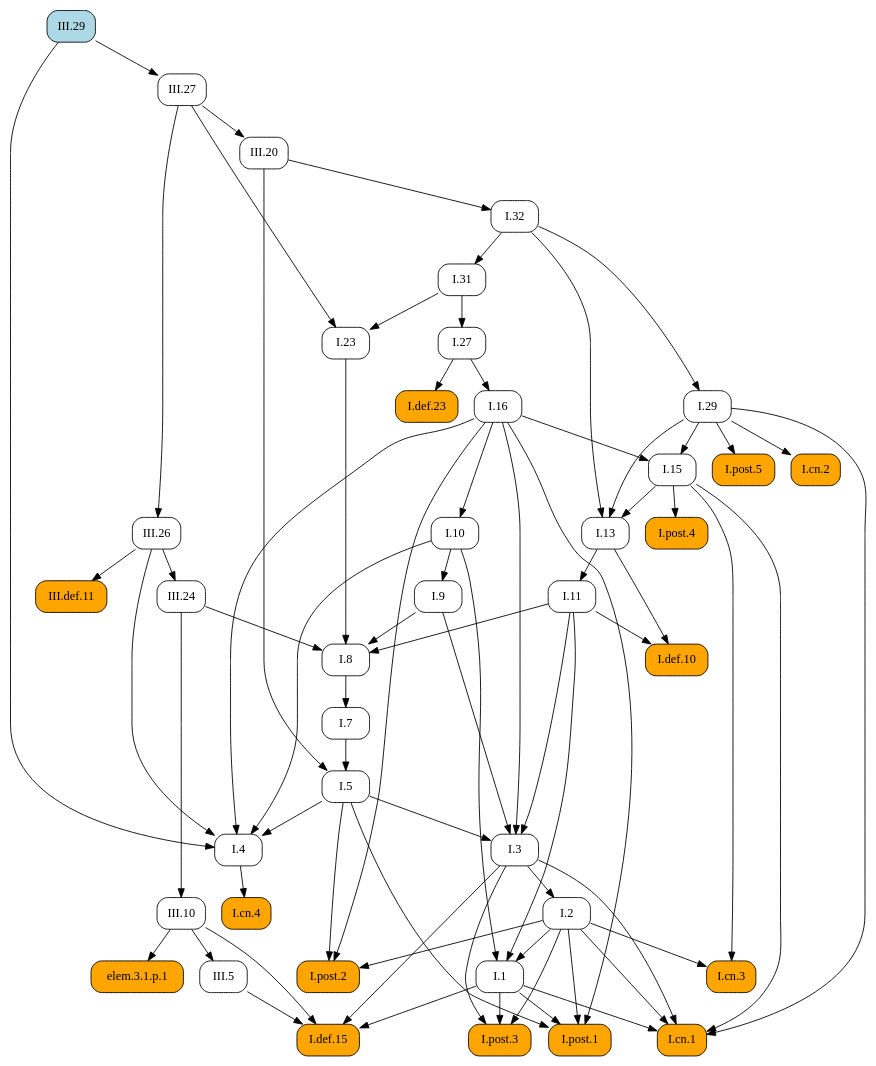
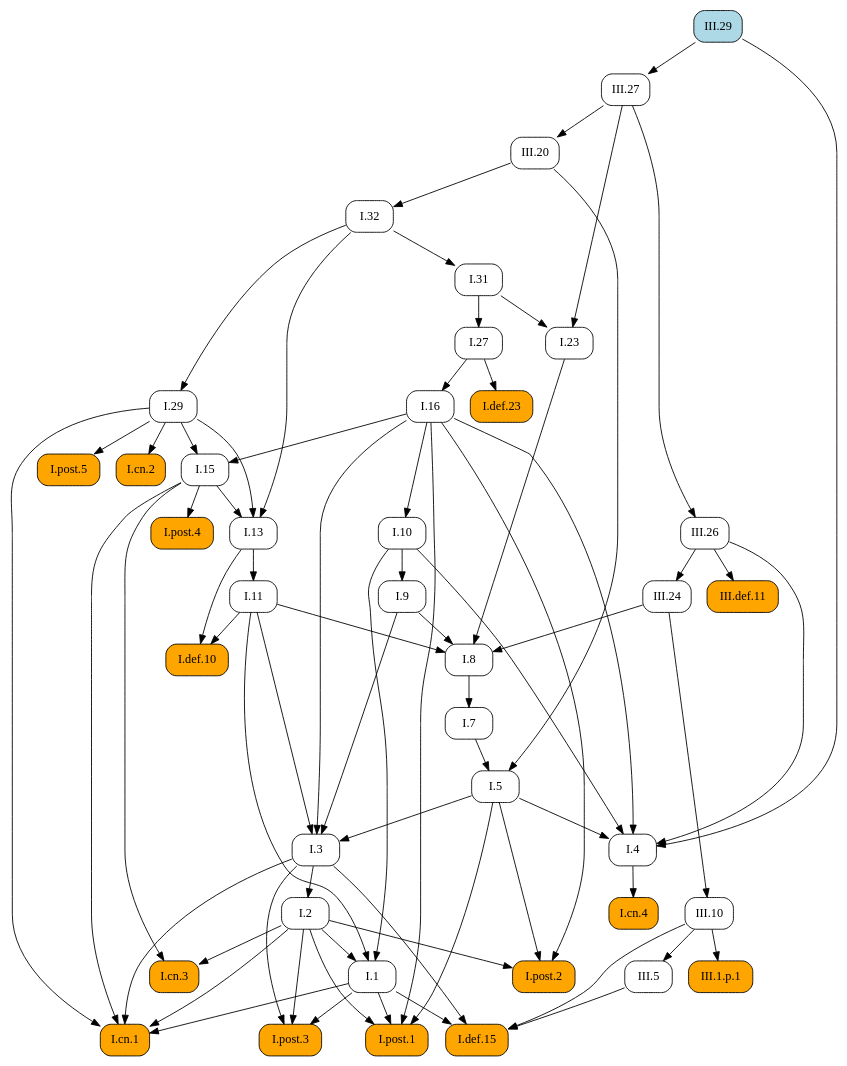
Before and after one commit to geometor/elements: the diagram in docsrc/heath/III/29/index.rst, drawn with Graphviz. The commit also changed 484 other files, not shown here.

```diff
--- a/docsrc/heath/III/29/index.rst
+++ b/docsrc/heath/III/29/index.rst
@@ -47,114 +47,114 @@
    digraph {
      rankdir="TB";
      node [shape=box, style=rounded];
+     "I.23" [URL="/heath/I/23/", target="_top"];
+     "I.9" [URL="/heath/I/9/", target="_top"];
+     "I.32" [URL="/heath/I/32/", target="_top"];
+     "III.24" [URL="/heath/III/24/", target="_top"];
+     "I.def.15" [style="rounded,filled", fillcolor=orange, URL="/heath/I/def.15/", target="_top"];
+     "III.def.11" [style="rounded,filled", fillcolor=orange, URL="/heath/III/def.11/", target="_top"];
+     "I.post.1" [style="rounded,filled", fillcolor=orange, URL="/heath/I/post.1/", target="_top"];
+     "I.post.3" [style="rounded,filled", fillcolor=orange, URL="/heath/I/post.3/", target="_top"];
+     "III.20" [URL="/heath/III/20/", target="_top"];
+     "III.10" [URL="/heath/III/10/", target="_top"];
+     "I.31" [URL="/heath/I/31/", target="_top"];
      "I.def.10" [style="rounded,filled", fillcolor=orange, URL="/heath/I/def.10/", target="_top"];
+     "I.27" [URL="/heath/I/27/", target="_top"];
+     "I.3" [URL="/heath/I/3/", target="_top"];
+     "III.5" [URL="/heath/III/5/", target="_top"];
+     "I.cn.1" [style="rounded,filled", fillcolor=orange, URL="/heath/I/cn.1/", target="_top"];
+     "I.7" [URL="/heath/I/7/", target="_top"];
+     "I.2" [URL="/heath/I/2/", target="_top"];
+     "III.27" [URL="/heath/III/27/", target="_top"];
+     "III.26" [URL="/heath/III/26/", target="_top"];
+     "I.13" [URL="/heath/I/13/", target="_top"];
+     "I.post.4" [style="rounded,filled", fillcolor=orange, URL="/heath/I/post.4/", target="_top"];
+     "I.4" [URL="/heath/I/4/", target="_top"];
+     "III.29" [style="rounded,filled", fillcolor=lightblue, URL="/heath/III/29/", target="_top"];
+     "I.1" [URL="/heath/I/1/", target="_top"];
+     "I.5" [URL="/heath/I/5/", target="_top"];
+     "I.8" [URL="/heath/I/8/", target="_top"];
+     "I.29" [URL="/heath/I/29/", target="_top"];
+     "I.cn.3" [style="rounded,filled", fillcolor=orange, URL="/heath/I/cn.3/", target="_top"];
+     "I.16" [URL="/heath/I/16/", target="_top"];
+     "I.15" [URL="/heath/I/15/", target="_top"];
+     "I.10" [URL="/heath/I/10/", target="_top"];
      "I.11" [URL="/heath/I/11/", target="_top"];
-     "I.post.4" [style="rounded,filled", fillcolor=orange, URL="/heath/I/post.4/", target="_top"];
-     "I.1" [URL="/heath/I/1/", target="_top"];
-     "III.26" [URL="/heath/III/26/", target="_top"];
-     "III.20" [URL="/heath/III/20/", target="_top"];
-     "I.29" [URL="/heath/I/29/", target="_top"];
-     "elem.3.1.p.1" [style="rounded,filled", fillcolor=orange];
+     "III.1.p.1" [style="rounded,filled", fillcolor=orange];
+     "I.def.23" [style="rounded,filled", fillcolor=orange, URL="/heath/I/def.23/", target="_top"];
      "I.cn.2" [style="rounded,filled", fillcolor=orange, URL="/heath/I/cn.2/", target="_top"];
-     "III.def.11" [style="rounded,filled", fillcolor=orange, URL="/heath/III/def.11/", target="_top"];
-     "I.def.15" [style="rounded,filled", fillcolor=orange, URL="/heath/I/def.15/", target="_top"];
-     "I.post.3" [style="rounded,filled", fillcolor=orange, URL="/heath/I/post.3/", target="_top"];
-     "I.cn.1" [style="rounded,filled", fillcolor=orange, URL="/heath/I/cn.1/", target="_top"];
-     "I.cn.3" [style="rounded,filled", fillcolor=orange, URL="/heath/I/cn.3/", target="_top"];
-     "I.23" [URL="/heath/I/23/", target="_top"];
-     "III.29" [style="rounded,filled", fillcolor=lightblue, URL="/heath/III/29/", target="_top"];
-     "I.post.1" [style="rounded,filled", fillcolor=orange, URL="/heath/I/post.1/", target="_top"];
-     "III.24" [URL="/heath/III/24/", target="_top"];
-     "I.27" [URL="/heath/I/27/", target="_top"];
-     "I.7" [URL="/heath/I/7/", target="_top"];
-     "I.3" [URL="/heath/I/3/", target="_top"];
-     "I.2" [URL="/heath/I/2/", target="_top"];
-     "I.4" [URL="/heath/I/4/", target="_top"];
-     "I.def.23" [style="rounded,filled", fillcolor=orange, URL="/heath/I/def.23/", target="_top"];
-     "I.13" [URL="/heath/I/13/", target="_top"];
+     "I.post.5" [style="rounded,filled", fillcolor=orange, URL="/heath/I/post.5/", target="_top"];
+     "I.cn.4" [style="rounded,filled", fillcolor=orange, URL="/heath/I/cn.4/", target="_top"];
      "I.post.2" [style="rounded,filled", fillcolor=orange, URL="/heath/I/post.2/", target="_top"];
-     "I.31" [URL="/heath/I/31/", target="_top"];
-     "I.16" [URL="/heath/I/16/", target="_top"];
-     "III.10" [URL="/heath/III/10/", target="_top"];
-     "I.9" [URL="/heath/I/9/", target="_top"];
-     "III.27" [URL="/heath/III/27/", target="_top"];
-     "I.8" [URL="/heath/I/8/", target="_top"];
-     "I.32" [URL="/heath/I/32/", target="_top"];
-     "I.cn.4" [style="rounded,filled", fillcolor=orange, URL="/heath/I/cn.4/", target="_top"];
-     "I.15" [URL="/heath/I/15/", target="_top"];
-     "I.post.5" [style="rounded,filled", fillcolor=orange, URL="/heath/I/post.5/", target="_top"];
-     "I.10" [URL="/heath/I/10/", target="_top"];
-     "I.5" [URL="/heath/I/5/", target="_top"];
-     "III.5" [URL="/heath/III/5/", target="_top"];
-     "I.11" -> "I.def.10";
-     "I.13" -> "I.def.10";
-     "I.13" -> "I.11";
-     "I.15" -> "I.post.4";
-     "I.2" -> "I.1";
-     "I.10" -> "I.1";
-     "I.11" -> "I.1";
-     "III.27" -> "III.26";
-     "III.27" -> "III.20";
-     "I.32" -> "I.29";
-     "III.10" -> "elem.3.1.p.1";
-     "I.29" -> "I.cn.2";
-     "III.26" -> "III.def.11";
+     "I.31" -> "I.23";
+     "III.27" -> "I.23";
+     "I.10" -> "I.9";
+     "III.20" -> "I.32";
+     "III.26" -> "III.24";
      "I.1" -> "I.def.15";
      "I.3" -> "I.def.15";
      "III.5" -> "I.def.15";
      "III.10" -> "I.def.15";
+     "III.26" -> "III.def.11";
+     "I.1" -> "I.post.1";
+     "I.2" -> "I.post.1";
+     "I.5" -> "I.post.1";
+     "I.16" -> "I.post.1";
      "I.1" -> "I.post.3";
      "I.2" -> "I.post.3";
      "I.3" -> "I.post.3";
+     "III.27" -> "III.20";
+     "III.24" -> "III.10";
+     "I.32" -> "I.31";
+     "I.11" -> "I.def.10";
+     "I.13" -> "I.def.10";
+     "I.31" -> "I.27";
+     "I.5" -> "I.3";
+     "I.9" -> "I.3";
+     "I.11" -> "I.3";
+     "I.16" -> "I.3";
+     "III.10" -> "III.5";
      "I.1" -> "I.cn.1";
      "I.2" -> "I.cn.1";
      "I.3" -> "I.cn.1";
      "I.15" -> "I.cn.1";
      "I.29" -> "I.cn.1";
-     "I.2" -> "I.cn.3";
-     "I.15" -> "I.cn.3";
-     "I.31" -> "I.23";
-     "III.27" -> "I.23";
-     "I.1" -> "I.post.1";
-     "I.2" -> "I.post.1";
-     "I.5" -> "I.post.1";
-     "I.16" -> "I.post.1";
-     "III.26" -> "III.24";
-     "I.31" -> "I.27";
      "I.8" -> "I.7";
-     "I.5" -> "I.3";
-     "I.9" -> "I.3";
-     "I.11" -> "I.3";
-     "I.16" -> "I.3";
      "I.3" -> "I.2";
+     "III.29" -> "III.27";
+     "III.27" -> "III.26";
+     "I.15" -> "I.13";
+     "I.29" -> "I.13";
+     "I.32" -> "I.13";
+     "I.15" -> "I.post.4";
      "I.5" -> "I.4";
      "I.10" -> "I.4";
      "I.16" -> "I.4";
      "III.26" -> "I.4";
      "III.29" -> "I.4";
-     "I.27" -> "I.def.23";
-     "I.15" -> "I.13";
-     "I.29" -> "I.13";
-     "I.32" -> "I.13";
-     "I.2" -> "I.post.2";
-     "I.5" -> "I.post.2";
-     "I.16" -> "I.post.2";
-     "I.32" -> "I.31";
-     "I.27" -> "I.16";
-     "III.24" -> "III.10";
-     "I.10" -> "I.9";
-     "III.29" -> "III.27";
+     "I.2" -> "I.1";
+     "I.10" -> "I.1";
+     "I.11" -> "I.1";
+     "I.7" -> "I.5";
+     "III.20" -> "I.5";
      "I.9" -> "I.8";
      "I.11" -> "I.8";
      "I.23" -> "I.8";
      "III.24" -> "I.8";
-     "III.20" -> "I.32";
-     "I.4" -> "I.cn.4";
+     "I.32" -> "I.29";
+     "I.2" -> "I.cn.3";
+     "I.15" -> "I.cn.3";
+     "I.27" -> "I.16";
      "I.16" -> "I.15";
      "I.29" -> "I.15";
+     "I.16" -> "I.10";
+     "I.13" -> "I.11";
+     "III.10" -> "III.1.p.1";
+     "I.27" -> "I.def.23";
+     "I.29" -> "I.cn.2";
      "I.29" -> "I.post.5";
-     "I.16" -> "I.10";
-     "I.7" -> "I.5";
-     "III.20" -> "I.5";
-     "III.10" -> "III.5";
+     "I.4" -> "I.cn.4";
+     "I.2" -> "I.post.2";
+     "I.5" -> "I.post.2";
+     "I.16" -> "I.post.2";
    }
```
